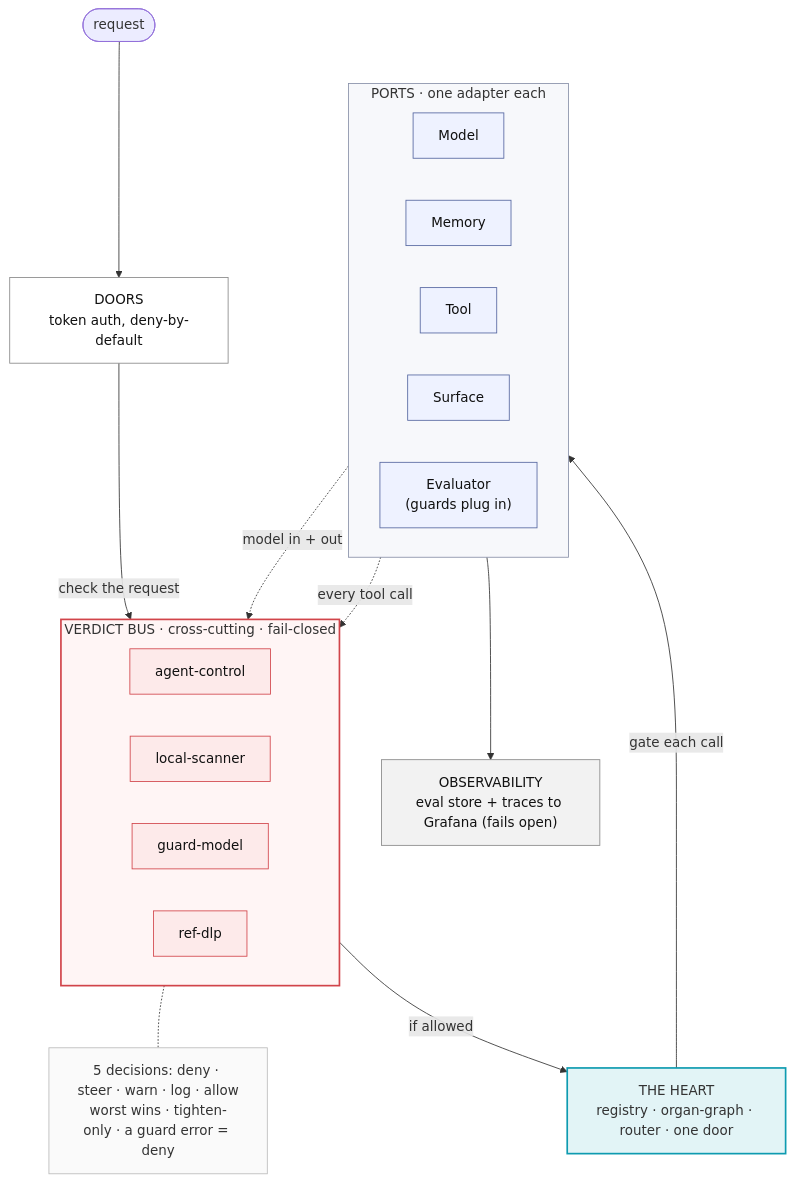
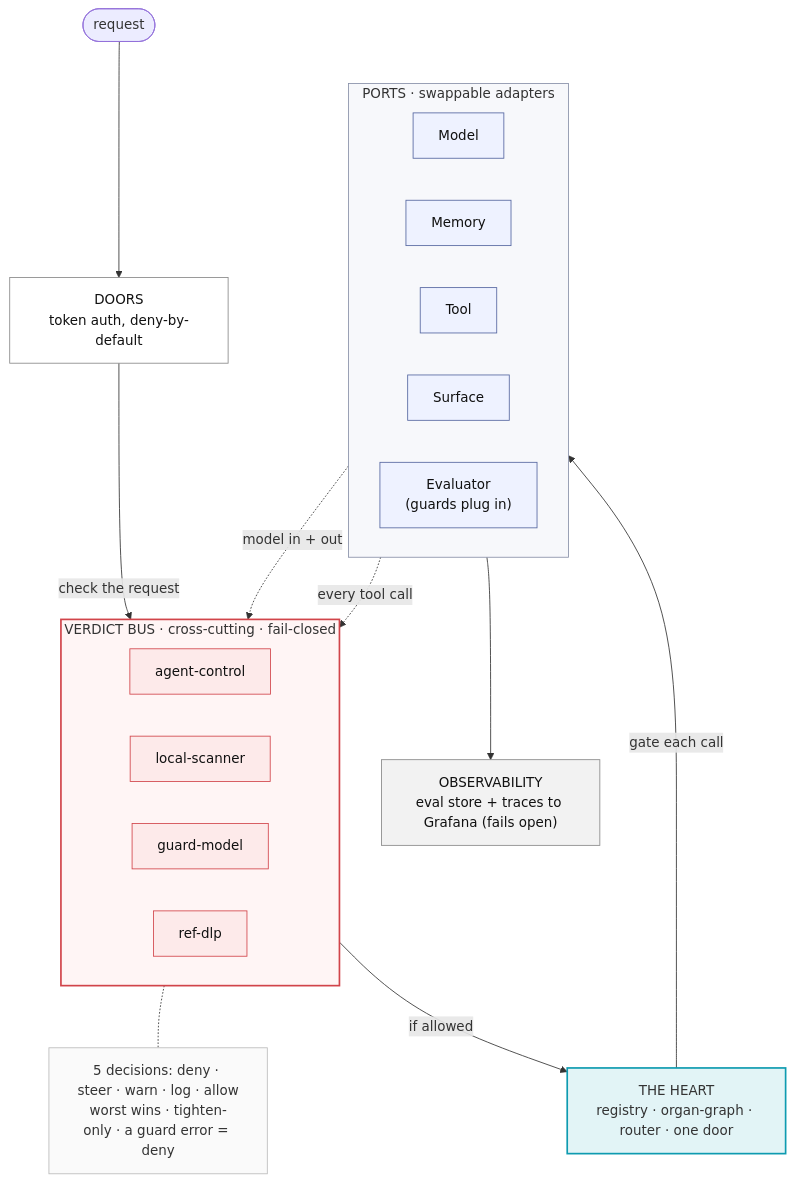
The diagram in README.md (siddiqitaha/ai-body), drawn with Mermaid before and after one commit. The commit also changed other lines of this file and 1 other file, not shown here.

````diff
--- a/README.md
+++ b/README.md
@@ -11,40 +26,40 @@
 ```mermaid
 flowchart TD
     R(["request"]) --> D["DOORS<br/>token auth, deny-by-default"]
     D -->|"check the request"| BUS
 
     subgraph BUS["VERDICT BUS  ·  cross-cutting  ·  fail-closed"]
       direction LR
       G1["agent-control"]:::guard
       G2["local-scanner"]:::guard
       G3["guard-model"]:::guard
       G4["ref-dlp"]:::guard
     end
 
     BUS -.- DEC["5 decisions: deny · steer · warn · log · allow<br/>worst wins · tighten-only · a guard error = deny"]:::note
 
     BUS -->|"if allowed"| H["THE HEART<br/>registry · organ-graph · router · one door"]
     H -->|"gate each call"| P
 
-    subgraph P["PORTS  ·  one adapter each"]
+    subgraph P["PORTS  ·  swappable adapters"]
       direction LR
       M["Model"]:::port
       MEM["Memory"]:::port
       T["Tool"]:::port
       S["Surface"]:::port
       E["Evaluator<br/>(guards plug in)"]:::port
     end
 
     M -.->|"model in + out"| BUS
     T -.->|"every tool call"| BUS
     P --> O["OBSERVABILITY<br/>eval store + traces to Grafana (fails open)"]:::obs
 
     classDef guard fill:#fdeaea,stroke:#d1444a,color:#111
     classDef port fill:#eef2ff,stroke:#5566a0,color:#111
     classDef note fill:#fafafa,stroke:#bbbbbb,color:#333
     classDef obs fill:#f2f2f2,stroke:#888888,color:#111
     style BUS fill:#fff5f5,stroke:#d1444a,stroke-width:2px
     style H fill:#e2f4f6,stroke:#0e9bb0,stroke-width:2px
     style D fill:#ffffff,stroke:#888888,color:#111
     style P fill:#f7f8fb,stroke:#8890a8
 ```
````
